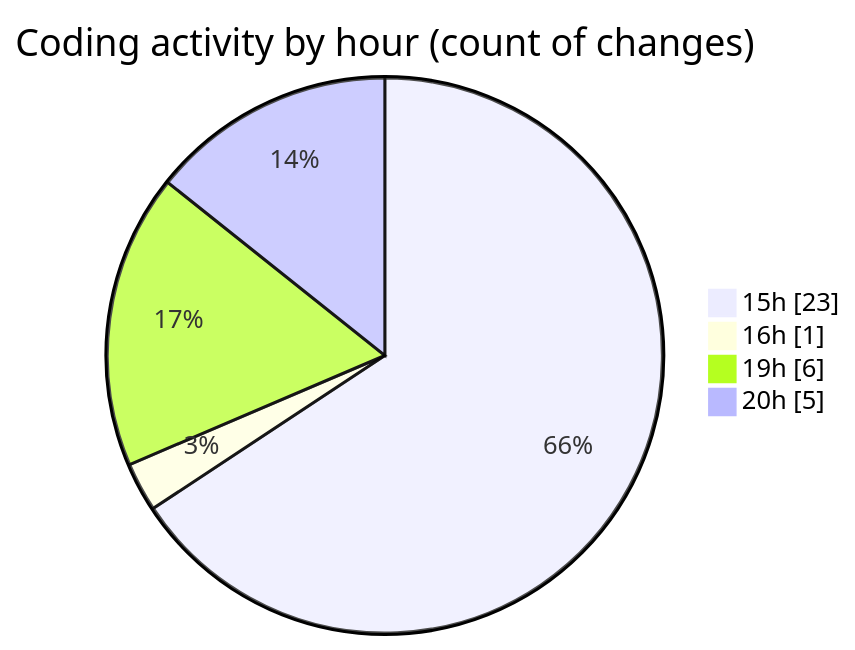
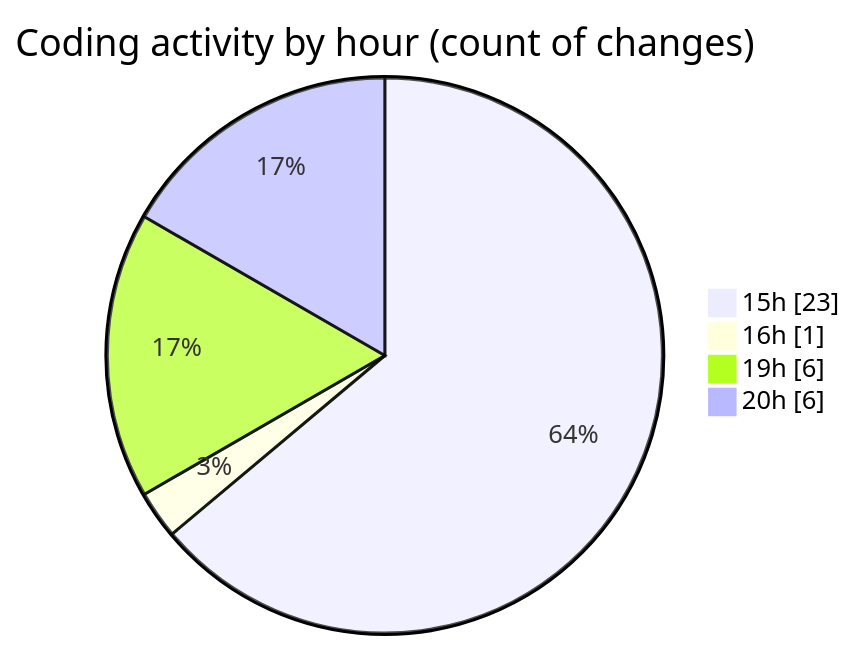
Before and after one commit to robertbonfada/code-tracking: the second of 2 diagrams in 2025-03-03/snake-game/README.md, drawn with Mermaid. The commit also changed other lines of this file and 1 other file, not shown here.

````diff
--- a/2025-03-03/snake-game/README.md
+++ b/2025-03-03/snake-game/README.md
@@ -34,8 +34,8 @@
 ```mermaid
 pie showData
 title Coding activity by hour (count of changes)
 "15h" : 23
 "16h" : 1
 "19h" : 6
-"20h" : 5
+"20h" : 6
 ```
````
